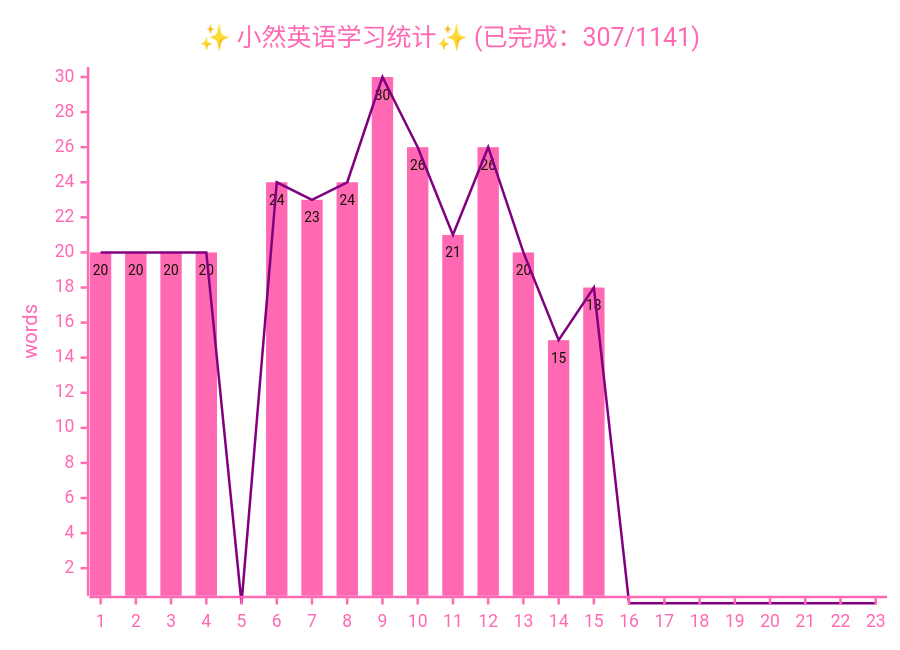
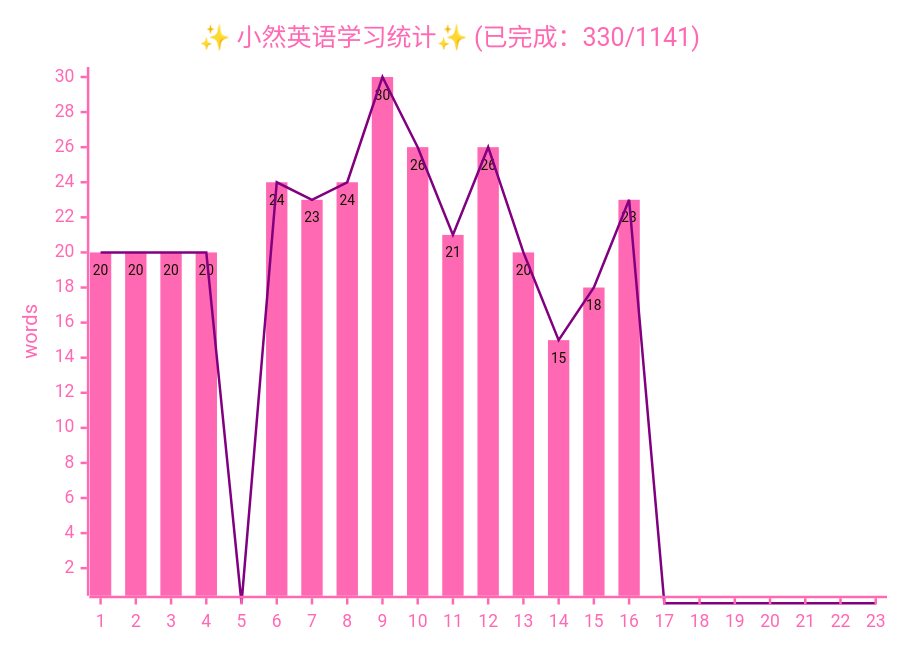
One commit to zsh-rc/zsh-rc.github.io changed the diagram in docs/life-lessons/xiaoran/2026-xiaoran.md. Above: the diagram before and after it, drawn with Mermaid. The commit also changed 1 other file, not shown here.

Commit message:
check - xiaoran's homework

```diff
--- a/docs/life-lessons/xiaoran/2026-xiaoran.md
+++ b/docs/life-lessons/xiaoran/2026-xiaoran.md
@@ -11,25 +11,25 @@
 ~~~mermaid
 ---
 config:
     xyChart:
         showDataLabel: true
     themeVariables:
         xyChart:
             titleColor: "#FF69B4"
             xAxisTitleColor: "#FF69B4"
             xAxisLabelColor: "#FF69B4"
             xAxisLineColor: "#FF69B4"
             xAxisTickColor: "#FF69B4"
             yAxisLabelColor: "#FF69B4"
             yAxisTitleColor: "#FF69B4"
             yAxisLineColor: "#FF69B4"
             yAxisTickColor: "#FF69B4"
             plotColorPalette: '#FF69B4, #800080'
 ---
 xychart
-    title "✨ 小然英语学习统计✨ (已完成：307/1141)"
+    title "✨ 小然英语学习统计✨ (已完成：330/1141)"
     y-axis "words" 1 --> 30
     x-axis [1,  2,  3,  4,  5,  6,  7,  8,  9,  10, 11, 12, 13, 14, 15, 16, 17, 18, 19, 20, 21, 22, 23]
-    bar    [20, 20, 20, 20, 0,  24, 23, 24, 30, 26, 21, 26, 20, 15, 18,  0,  0,  0,  0,  0,  0,  0,  0]
-    line   [20, 20, 20, 20, 0,  24, 23, 24, 30, 26, 21, 26, 20, 15, 18,  0,  0,  0,  0,  0,  0,  0,  0]
+    bar    [20, 20, 20, 20, 0,  24, 23, 24, 30, 26, 21, 26, 20, 15, 18, 23,  0,  0,  0,  0,  0,  0,  0]
+    line   [20, 20, 20, 20, 0,  24, 23, 24, 30, 26, 21, 26, 20, 15, 18, 23,  0,  0,  0,  0,  0,  0,  0]
 ~~~
```
